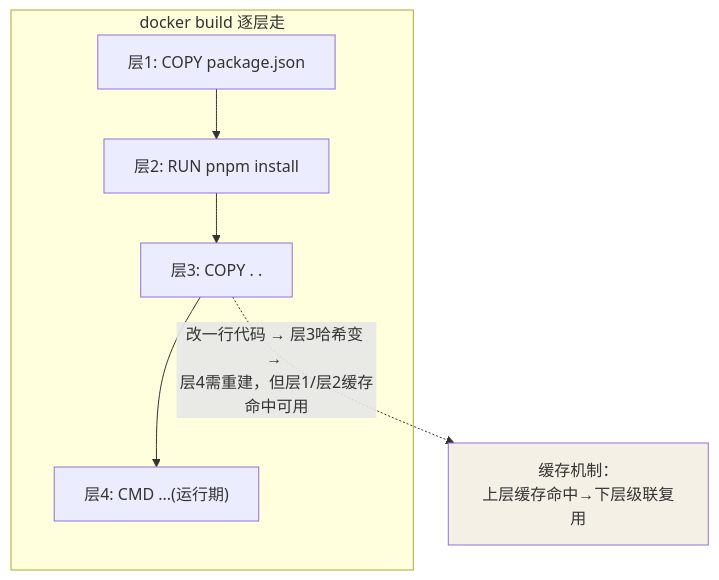
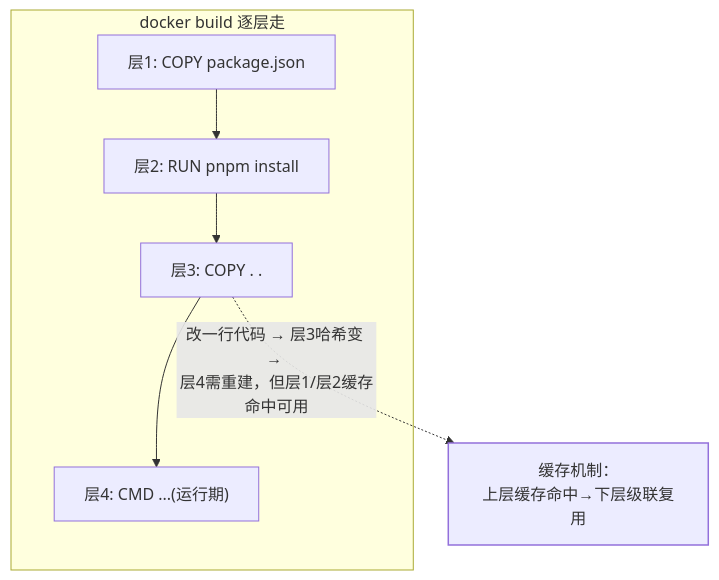
The first of 2 diagrams in src/content/docs/docker/intermediate/practice/01-dockerfile.md (Loadhao/ascension), drawn with Mermaid before and after one commit. The commit also changed other lines of this file and 87 other files, not shown here.

First line of the commit message:
fix: 全站图表配色改由主题接管，修复暗色主题下浅底浅字看不清

````diff
--- a/src/content/docs/docker/intermediate/practice/01-dockerfile.md
+++ b/src/content/docs/docker/intermediate/practice/01-dockerfile.md
@@ -26,10 +26,11 @@
 ```mermaid
 flowchart TB
     subgraph 构建["docker build 逐层走"]
         L1["层1: COPY package.json"] --> L2["层2: RUN pnpm install"]
         L2 --> L3["层3: COPY . ."]
         L3 --> L4["层4: CMD ...(运行期)"]
     end
     L3 -. "改一行代码 → 层3哈希变 → <br/>层4需重建，但层1/层2缓存命中可用" .-> CACHE["缓存机制：<br/>上层缓存命中→下层级联复用"]
-    style CACHE fill:#f5f0e6
+    class CACHE hl
+    classDef hl stroke-width:1.5px
 ```
````
